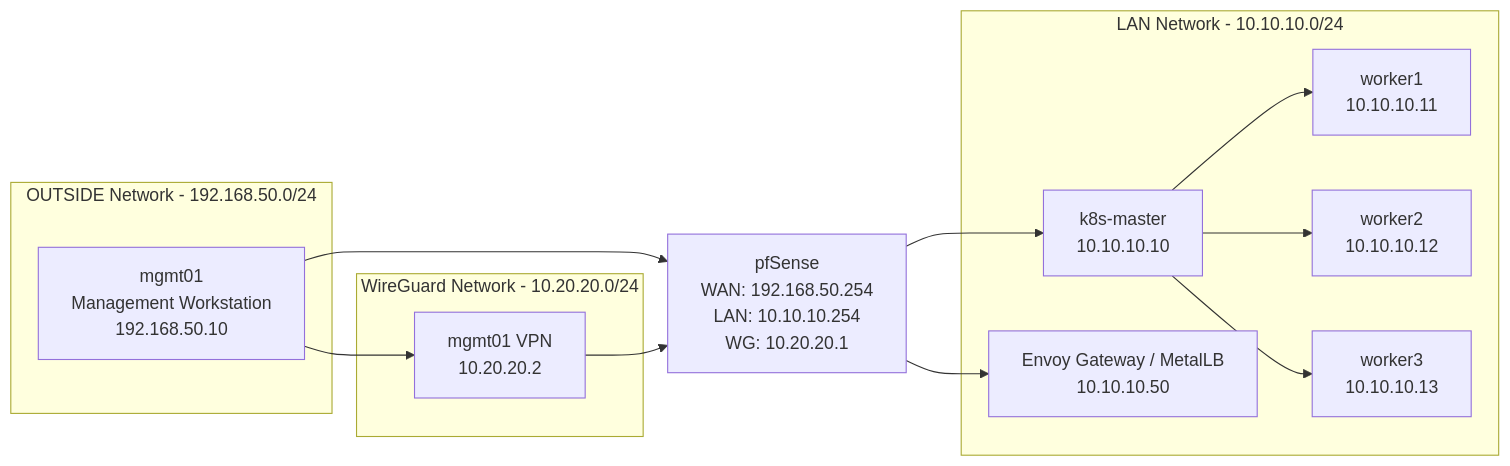
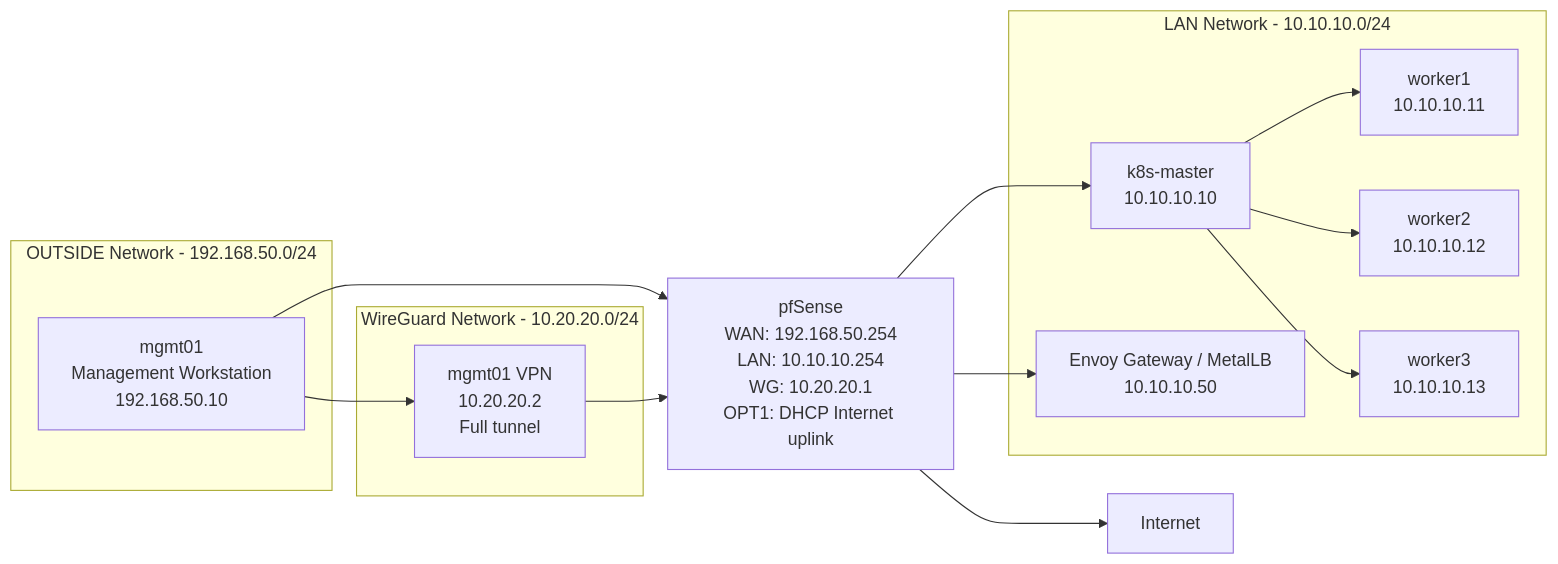
One commit to paknaoo/kubernetes-pfsense-wireguard-homelab changed the first of 2 diagrams in docs/architecture.md. Above: the diagram before and after it, drawn with Mermaid. The commit also changed other lines of this file, not shown here.

First line of the commit message:
Update architecture.md

````diff
--- a/docs/architecture.md
+++ b/docs/architecture.md
@@ -26,45 +26,35 @@
 ```mermaid
 flowchart LR
 
     subgraph OUTSIDE["OUTSIDE Network - 192.168.50.0/24"]
-        MGMT["mgmt01
-        Management Workstation
-        192.168.50.10"]
+        MGMT["mgmt01<br>Management Workstation<br>192.168.50.10"]
     end
 
-    PFSENSE["pfSense
-    WAN: 192.168.50.254
-    LAN: 10.10.10.254
-    WG: 10.20.20.1"]
+    PFSENSE["pfSense<br>WAN: 192.168.50.254<br>LAN: 10.10.10.254<br>WG: 10.20.20.1<br>OPT1: DHCP Internet uplink"]
+
+    INTERNET["Internet"]
 
     subgraph WG["WireGuard Network - 10.20.20.0/24"]
-        VPNCLIENT["mgmt01 VPN
-        10.20.20.2"]
+        VPNCLIENT["mgmt01 VPN<br>10.20.20.2<br>Full tunnel"]
     end
 
     subgraph LAN["LAN Network - 10.10.10.0/24"]
-        MASTER["k8s-master
-        10.10.10.10"]
-
-        W1["worker1
-        10.10.10.11"]
-
-        W2["worker2
-        10.10.10.12"]
-
-        W3["worker3
-        10.10.10.13"]
-
-        INGRESS["Envoy Gateway / MetalLB
-        10.10.10.50"]
+        MASTER["k8s-master<br>10.10.10.10"]
+        W1["worker1<br>10.10.10.11"]
+        W2["worker2<br>10.10.10.12"]
+        W3["worker3<br>10.10.10.13"]
+        INGRESS["Envoy Gateway / MetalLB<br>10.10.10.50"]
     end
 
     MGMT --> PFSENSE
     MGMT --> VPNCLIENT
     VPNCLIENT --> PFSENSE
+
     PFSENSE --> MASTER
     PFSENSE --> INGRESS
+    PFSENSE --> INTERNET
+
     MASTER --> W1
     MASTER --> W2
     MASTER --> W3
 ```
````
